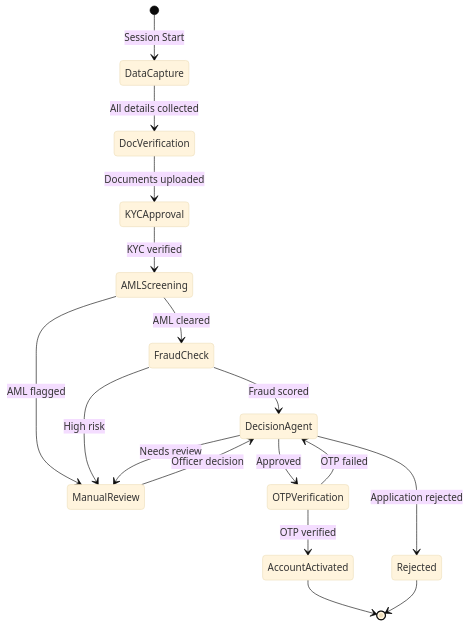
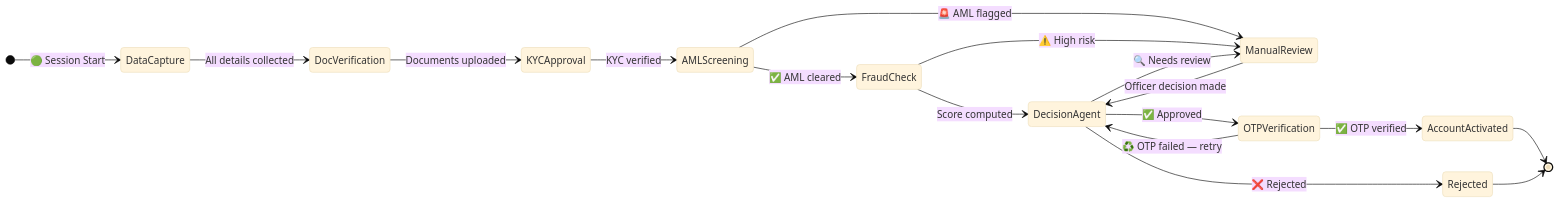
One commit to NEXUS-JATAYU/AccuEntry_Frontend changed the second of 2 diagrams in README.md. Above: the diagram before and after it, drawn with Mermaid (base theme). The commit also changed other lines of this file, not shown here.

````diff
--- a/README.md
+++ b/README.md
@@ -192,24 +213,28 @@
 ```mermaid
 stateDiagram-v2
-    [*] --> DataCapture: Session Start
-    DataCapture --> DocVerification: All details collected
-    DocVerification --> KYCApproval: Documents uploaded
-    KYCApproval --> AMLScreening: KYC verified
+    direction LR
 
-    AMLScreening --> FraudCheck: AML cleared
-    AMLScreening --> ManualReview: AML flagged
+    [*] --> DataCapture : 🟢 Session Start
 
-    FraudCheck --> DecisionAgent: Fraud scored
-    FraudCheck --> ManualReview: High risk
+    DataCapture --> DocVerification : All details collected
+    DocVerification --> KYCApproval : Documents uploaded
+    KYCApproval --> AMLScreening : KYC verified
 
-    DecisionAgent --> OTPVerification: Approved
-    DecisionAgent --> ManualReview: Needs review
-    DecisionAgent --> Rejected: Application rejected
+    AMLScreening --> FraudCheck : ✅ AML cleared
+    AMLScreening --> ManualReview : 🚨 AML flagged
 
-    OTPVerification --> AccountActivated: OTP verified
-    OTPVerification --> DecisionAgent: OTP failed
+    FraudCheck --> DecisionAgent : Score computed
+    FraudCheck --> ManualReview : ⚠️ High risk
 
-    ManualReview --> DecisionAgent: Officer decision
+    DecisionAgent --> OTPVerification : ✅ Approved
+    DecisionAgent --> ManualReview : 🔍 Needs review
+    DecisionAgent --> Rejected : ❌ Rejected
+
+    OTPVerification --> AccountActivated : ✅ OTP verified
+    OTPVerification --> DecisionAgent : ♻️ OTP failed — retry
+
+    ManualReview --> DecisionAgent : Officer decision made
+
     AccountActivated --> [*]
     Rejected --> [*]
 ```
````
